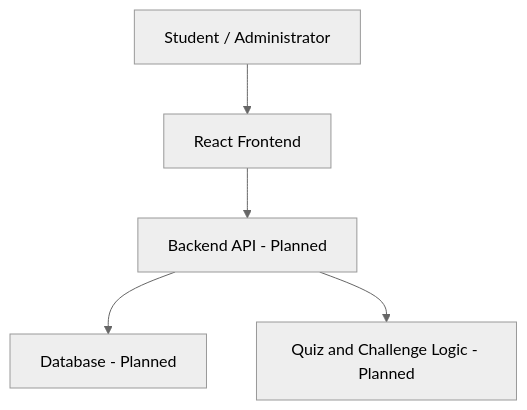
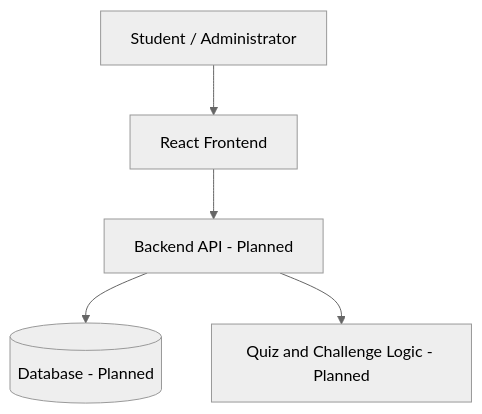
One commit to lakshmiyoga55/Gamified-Environmental-Education-Platform-for-Schools-and-Colleges changed the diagram in README.md. Above: the diagram before and after it, drawn with Mermaid (neutral theme). The commit also changed other lines of this file, not shown here.

````diff
--- a/README.md
+++ b/README.md
@@ -78,7 +79,7 @@
 ```mermaid
 flowchart TD
-    A[Student / Administrator] --> B[React Frontend]
-    B --> C[Backend API - Planned]
-    C --> D[Database - Planned]
-    C --> E[Quiz and Challenge Logic - Planned]
+    A["Student / Administrator"] --> B["React Frontend"]
+    B --> C["Backend API - Planned"]
+    C --> D[("Database - Planned")]
+    C --> E["Quiz and Challenge Logic - Planned"]
 ```
````
